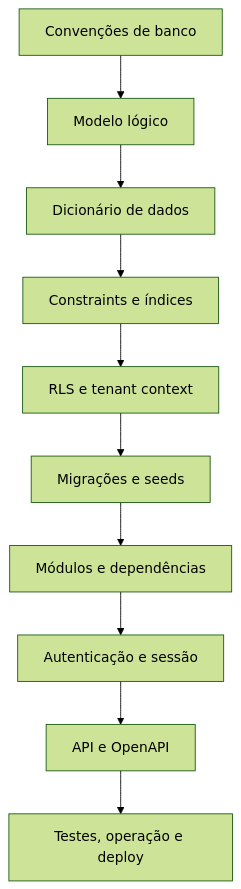
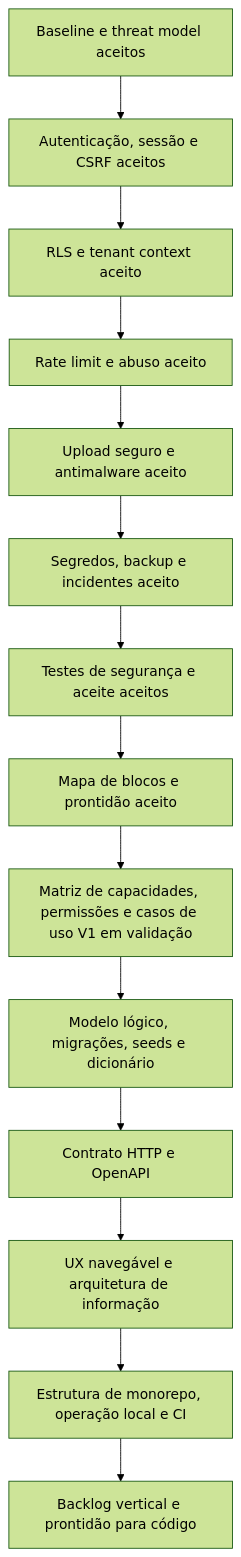
Before and after one commit to KogaKleins/Concentus: the second of 2 diagrams in docs/architecture/README.md, drawn with Mermaid (forest theme). The commit also changed other lines of this file and 18 other files, not shown here.

````diff
--- a/docs/architecture/README.md
+++ b/docs/architecture/README.md
@@ -82,12 +103,16 @@
 ```mermaid
 flowchart TD
-    A[Convenções de banco] --> B[Modelo lógico]
-    B --> C[Dicionário de dados]
-    C --> D[Constraints e índices]
-    D --> E[RLS e tenant context]
-    E --> F[Migrações e seeds]
-    F --> G[Módulos e dependências]
-    G --> H[Autenticação e sessão]
-    H --> I[API e OpenAPI]
-    I --> J[Testes, operação e deploy]
+    A[Baseline e threat model aceitos] --> B[Autenticação, sessão e CSRF aceitos]
+    B --> C[RLS e tenant context aceito]
+    C --> D[Rate limit e abuso aceito]
+    D --> E[Upload seguro e antimalware aceito]
+    E --> F[Segredos, backup e incidentes aceito]
+    F --> G[Testes de segurança e aceite aceitos]
+    G --> H[Mapa de blocos e prontidão aceito]
+    H --> I[Matriz de capacidades, permissões e casos de uso V1 em validação]
+    I --> J[Modelo lógico, migrações, seeds e dicionário]
+    J --> K[Contrato HTTP e OpenAPI]
+    K --> L[UX navegável e arquitetura de informação]
+    L --> M[Estrutura de monorepo, operação local e CI]
+    M --> N[Backlog vertical e prontidão para código]
 ```
````
